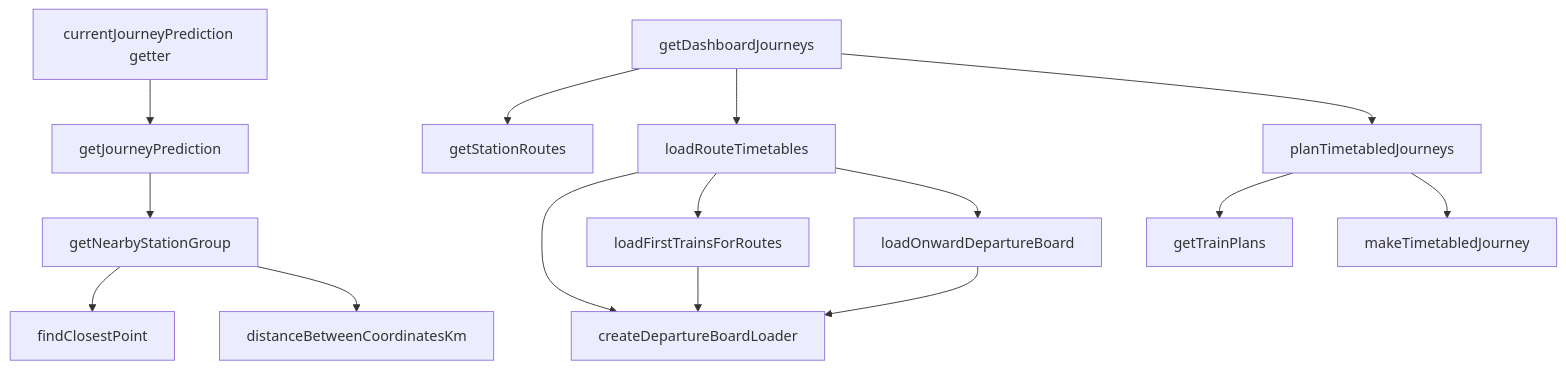
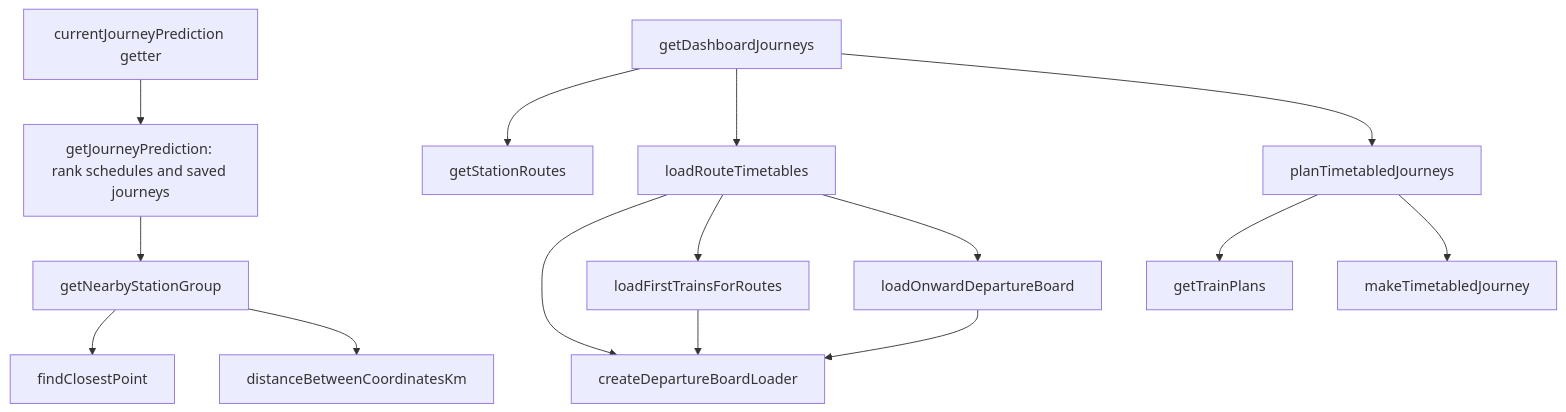
Before and after one commit to nd9600/trainDashboard: the second of 4 diagrams in docs/journey-planning.md, drawn with Mermaid. The commit also changed other lines of this file and 15 other files, not shown here.

````diff
--- a/docs/journey-planning.md
+++ b/docs/journey-planning.md
@@ -41,30 +41,30 @@
 ```mermaid
 flowchart TD
     selection[currentJourneyPrediction getter]
-    prediction[getJourneyPrediction]
+    prediction[getJourneyPrediction: rank schedules and saved journeys]
     nearby[getNearbyStationGroup]
     dashboard[getDashboardJourneys]
     routes[getStationRoutes]
     load[loadRouteTimetables]
     requests[createDepartureBoardLoader]
     first[loadFirstTrainsForRoutes]
     onward[loadOnwardDepartureBoard]
     plan[planTimetabledJourneys]
     trainPlans[getTrainPlans]
     make[makeTimetabledJourney]
 
     selection --> prediction
     prediction --> nearby
     nearby --> closest[findClosestPoint]
     nearby --> distance[distanceBetweenCoordinatesKm]
     dashboard --> routes
     dashboard --> load
     load --> requests
     load --> first
     load --> onward
     first --> requests
     onward --> requests
     dashboard --> plan
     plan --> trainPlans
     plan --> make
 ```
````
